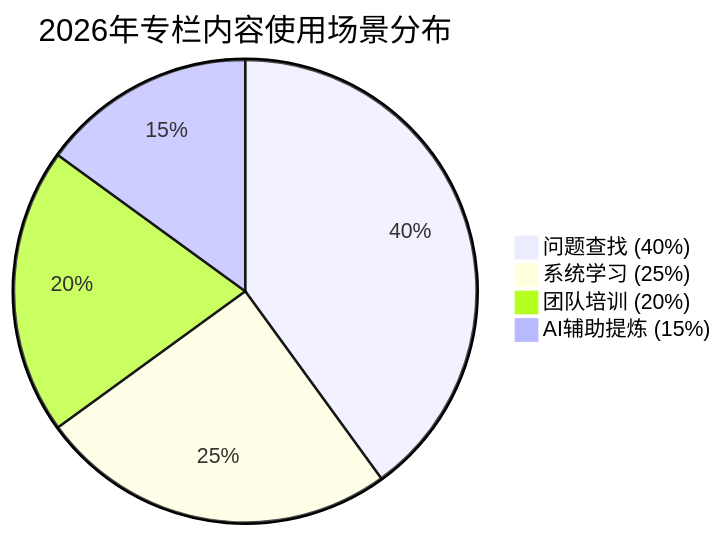
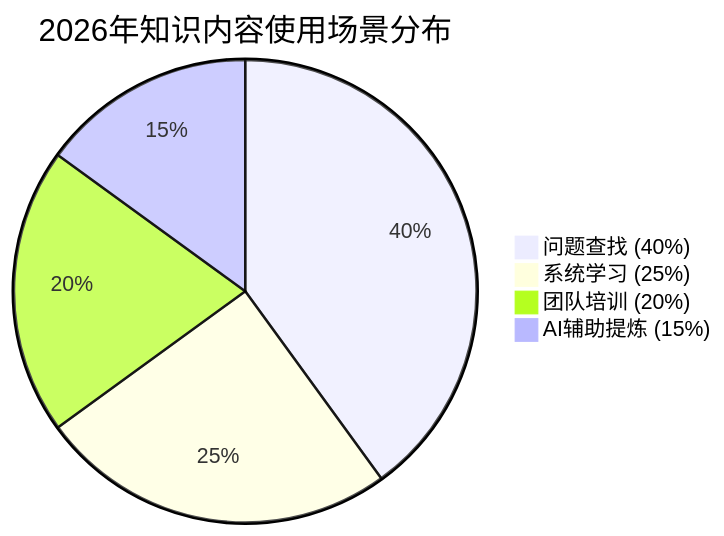
The third of 3 diagrams in docs/09-管理/02-技术管理/02-团队建设与文化/49-结束篇-即使远隔千山万水，也要乘风与你同往.md (zhangzhengyang27/tech-codex), drawn with Mermaid before and after one commit. The commit also changed other lines of this file and 164 other files, not shown here.

````diff
--- a/docs/09-管理/02-技术管理/02-团队建设与文化/49-结束篇-即使远隔千山万水，也要乘风与你同往.md
+++ b/docs/09-管理/02-技术管理/02-团队建设与文化/49-结束篇-即使远隔千山万水，也要乘风与你同往.md
@@ -335,10 +305,10 @@
 ```mermaid
 ---
-title: 2026 年专栏内容使用场景分布
+title: 2026 年知识内容使用场景分布
 ---
-pie title 2026年专栏内容使用场景分布
+pie title 2026年知识内容使用场景分布
     "问题查找 (40%)" : 40
     "系统学习 (25%)" : 25
     "团队培训 (20%)" : 20
     "AI辅助提炼 (15%)" : 15
 ```
````
